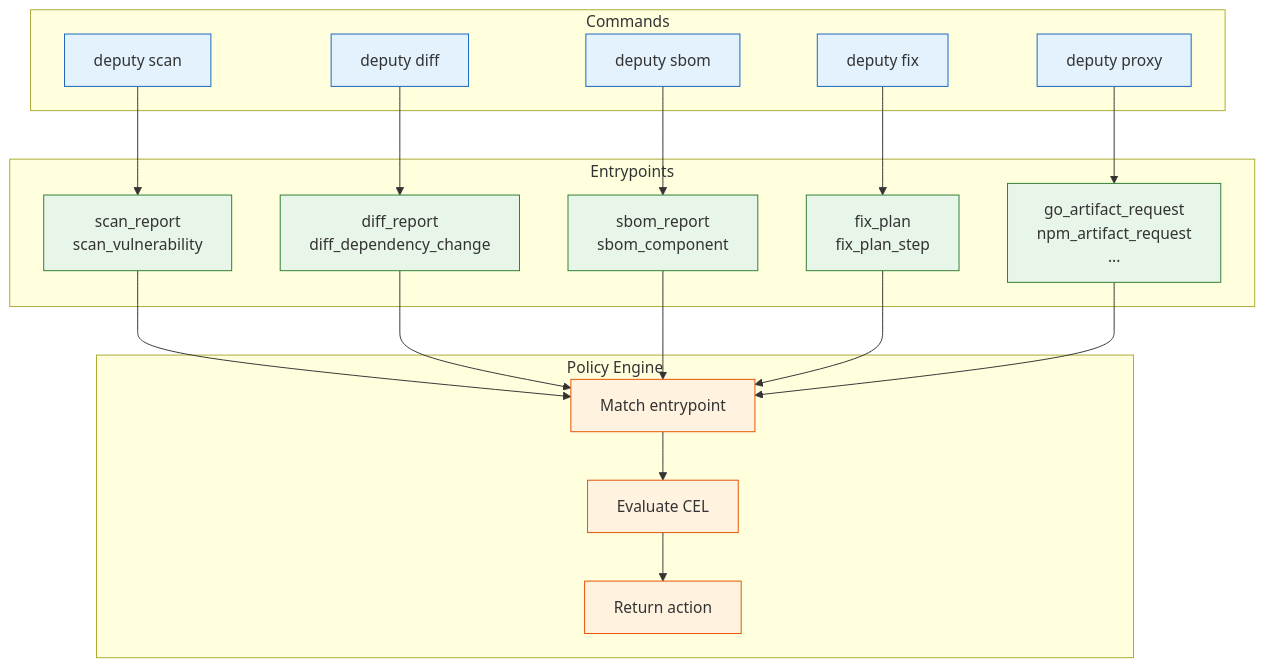
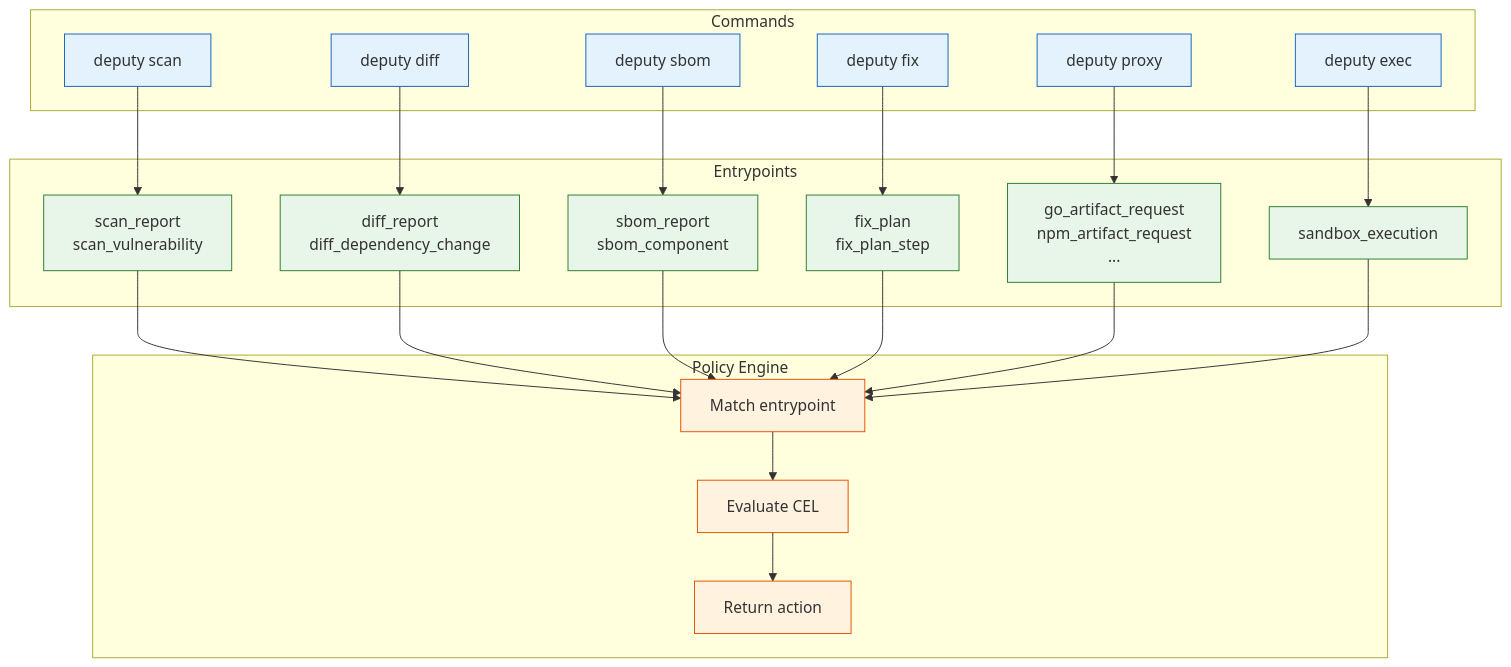
Before and after one commit to temporalio/deputy: the diagram in docs/reference/policy-inputs.md, drawn with Mermaid. The commit also changed other lines of this file and 222 other files, not shown here.

````diff
--- a/docs/reference/policy-inputs.md
+++ b/docs/reference/policy-inputs.md
@@ -7,41 +7,44 @@
 ```mermaid
 flowchart TB
     subgraph Commands["Commands"]
         Scan["deputy scan"]
         Diff["deputy diff"]
         SBOM["deputy sbom"]
         Fix["deputy fix"]
         Proxy["deputy proxy"]
+        Exec["deputy exec"]
     end
 
     subgraph Entrypoints["Entrypoints"]
         ScanEP["scan_report<br/>scan_vulnerability"]
         DiffEP["diff_report<br/>diff_dependency_change"]
         SBOMEP["sbom_report<br/>sbom_component"]
         FixEP["fix_plan<br/>fix_plan_step"]
         ProxyEP["go_artifact_request<br/>npm_artifact_request<br/>..."]
+        ExecEP["sandbox_execution"]
     end
 
     subgraph Policy["Policy Engine"]
         Match["Match entrypoint"]
         Eval["Evaluate CEL"]
         Action["Return action"]
     end
 
     Scan --> ScanEP
     Diff --> DiffEP
     SBOM --> SBOMEP
     Fix --> FixEP
     Proxy --> ProxyEP
+    Exec --> ExecEP
 
-    ScanEP & DiffEP & SBOMEP & FixEP & ProxyEP --> Match
+    ScanEP & DiffEP & SBOMEP & FixEP & ProxyEP & ExecEP --> Match
     Match --> Eval --> Action
 
     classDef cmd fill:#e3f2fd,stroke:#1565c0
     classDef ep fill:#e8f5e9,stroke:#2e7d32
     classDef policy fill:#fff3e0,stroke:#e65100
 
-    class Scan,Diff,SBOM,Fix,Proxy cmd
-    class ScanEP,DiffEP,SBOMEP,FixEP,ProxyEP ep
+    class Scan,Diff,SBOM,Fix,Proxy,Exec cmd
+    class ScanEP,DiffEP,SBOMEP,FixEP,ProxyEP,ExecEP ep
     class Match,Eval,Action policy
 ```
````
